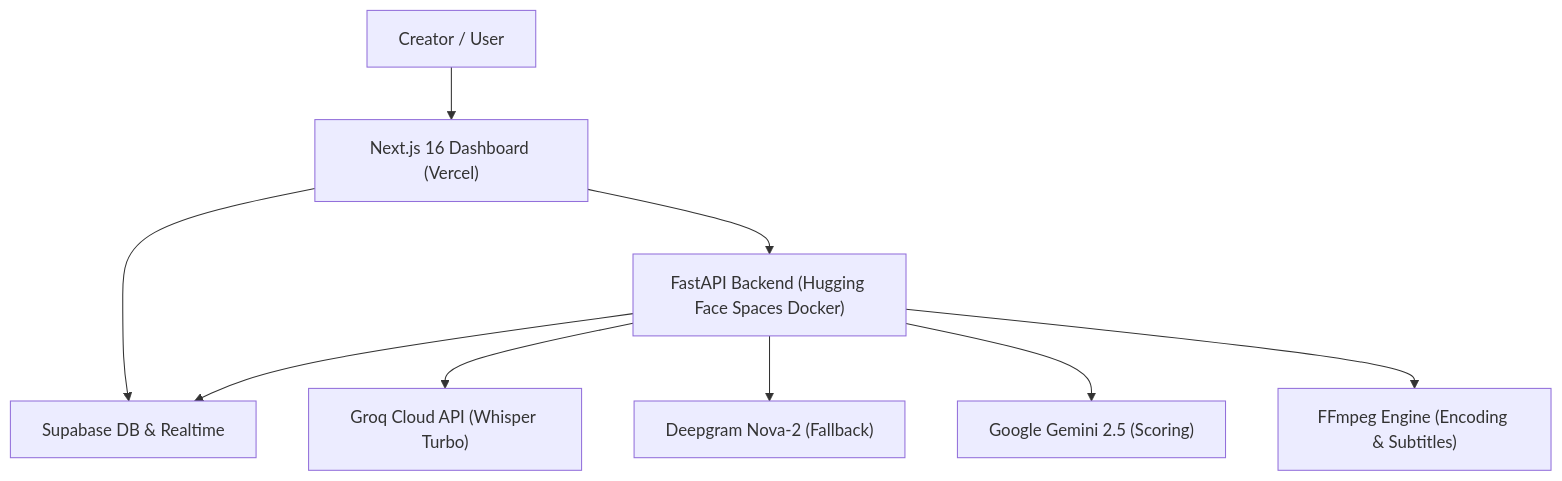
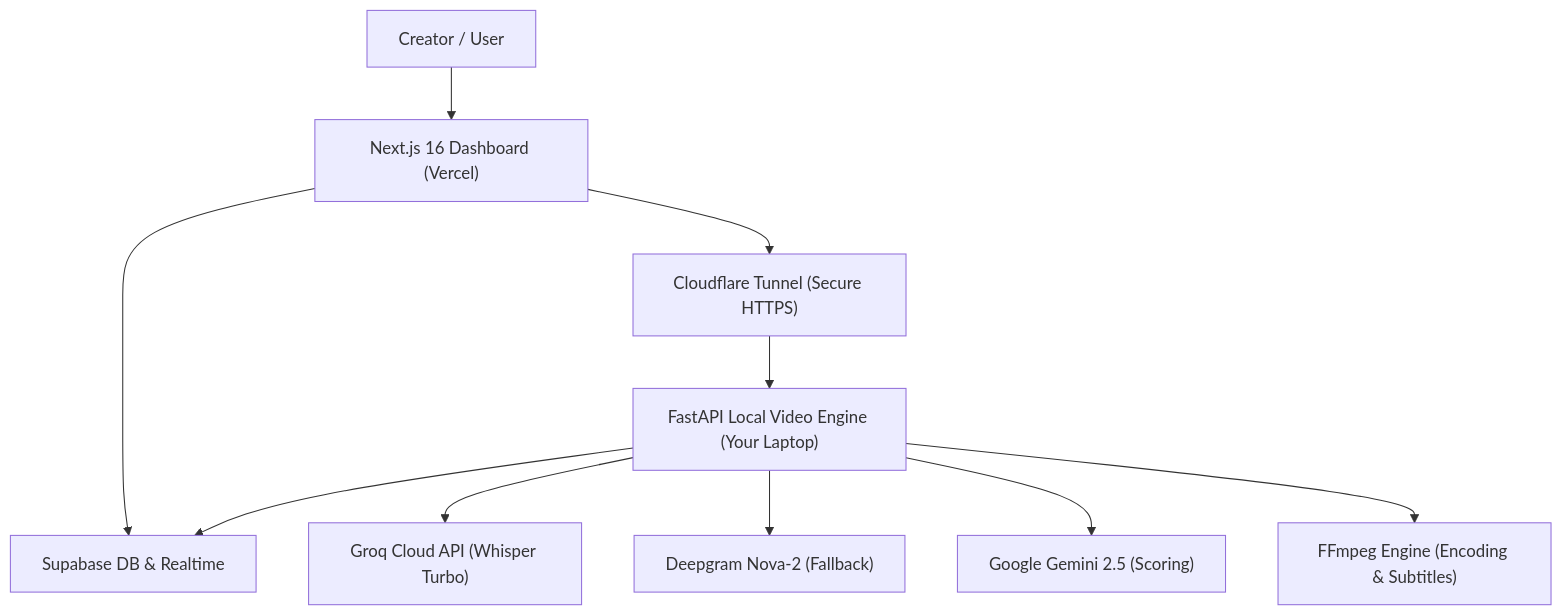
One commit to Oliver0908/Kairo changed the diagram in README.md. Above: the diagram before and after it, drawn with Mermaid. The commit also changed other lines of this file and 7 other files, not shown here.

Commit message:
feat: add local backend tunnel launcher, dynamic backend settings modal, and vercel deployment config

````diff
--- a/README.md
+++ b/README.md
@@ -30,11 +30,12 @@
 ```mermaid
 graph TD
     User["Creator / User"] --> Dashboard["Next.js 16 Dashboard (Vercel)"]
     Dashboard --> Supabase["Supabase DB & Realtime"]
-    Dashboard --> Backend["FastAPI Backend (Hugging Face Spaces Docker)"]
+    Dashboard --> Tunnel["Cloudflare Tunnel (Secure HTTPS)"]
+    Tunnel --> Backend["FastAPI Local Video Engine (Your Laptop)"]
     Backend --> Supabase
     Backend --> GroqWhisper["Groq Cloud API (Whisper Turbo)"]
     Backend --> Deepgram["Deepgram Nova-2 (Fallback)"]
     Backend --> Gemini["Google Gemini 2.5 (Scoring)"]
     Backend --> FFmpeg["FFmpeg Engine (Encoding & Subtitles)"]
 ```
````
